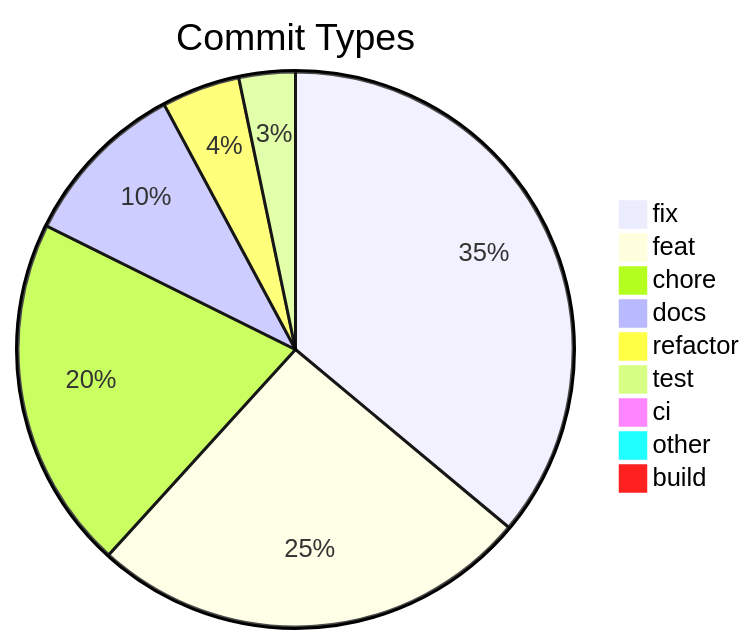
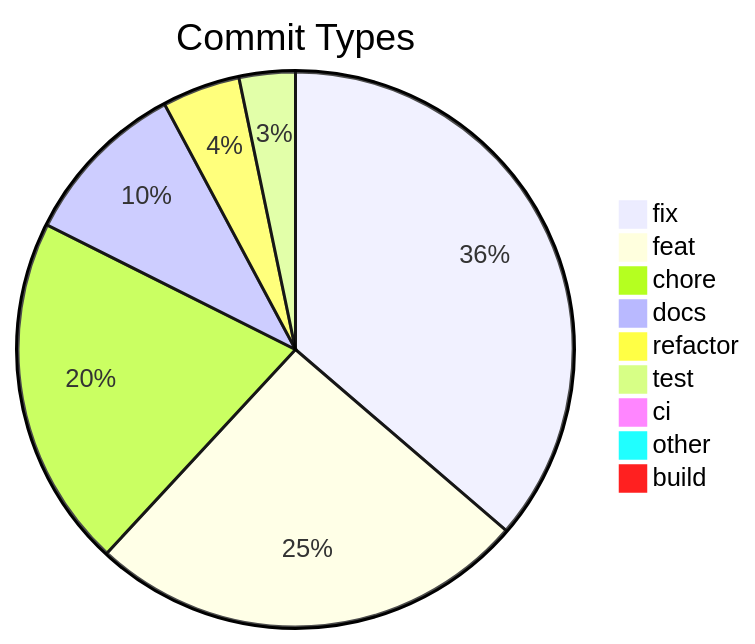
Before and after one commit to svenroth-ai/shipwright-webui: the diagram in .shipwright/compliance/change-history.md, drawn with Mermaid. The commit also changed other lines of this file and 13 other files, not shown here.

````diff
--- a/.shipwright/compliance/change-history.md
+++ b/.shipwright/compliance/change-history.md
@@ -8,12 +8,12 @@
 ```mermaid
 pie title Commit Types
-    "fix" : 198
+    "fix" : 200
     "feat" : 141
     "chore" : 113
     "docs" : 54
     "refactor" : 25
     "test" : 18
     "ci" : 5
     "other" : 4
     "build" : 1
 ```
````
